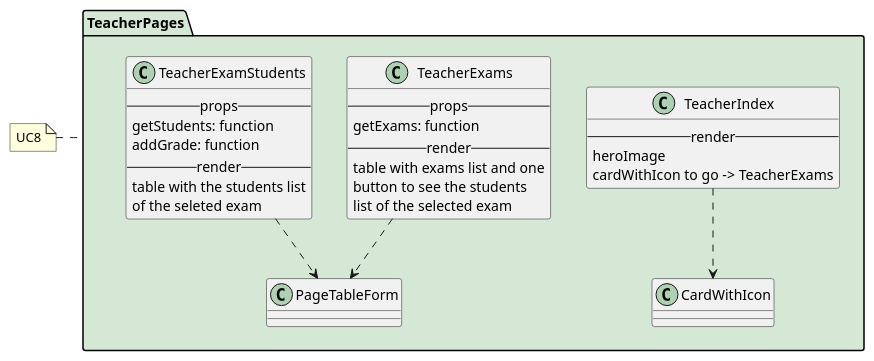
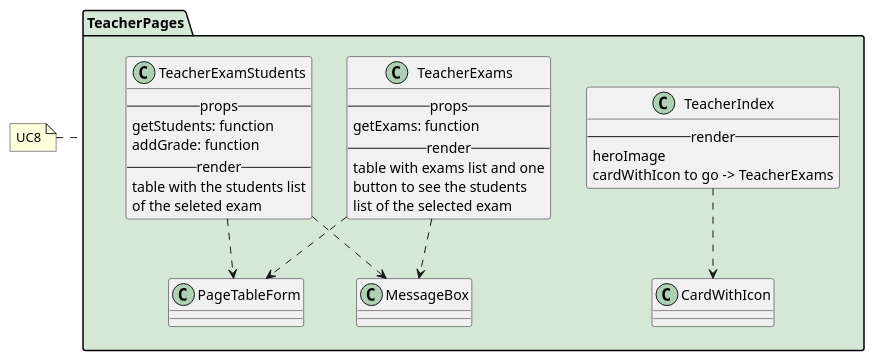
The diagram in react/teacher/index.iuml (M9k/Marvin-Uml), drawn with PlantUML before and after one commit. The commit also changed 7 other files, not shown here.

```diff
--- a/react/teacher/index.iuml
+++ b/react/teacher/index.iuml
@@ -1,32 +1,34 @@
 package TeacherPages #D4E8D5 {
 
 class TeacherIndex {
     --render--
         heroImage
         cardWithIcon to go -> TeacherExams
 }
 TeacherIndex ..> CardWithIcon
 
 class TeacherExams {
     --props--
         getExams: function
     --render--
     table with exams list and one
     button to see the students
     list of the selected exam
 }
 TeacherExams ..> PageTableForm
+TeacherExams ..> MessageBox
 
 class TeacherExamStudents {
     --props--
         getStudents: function
         addGrade: function
     --render--
     table with the students list
     of the seleted exam
 }
 TeacherExamStudents ..> PageTableForm
+TeacherExamStudents ..> MessageBox
 
 }
 
 note left of TeacherPages: UC8
```
